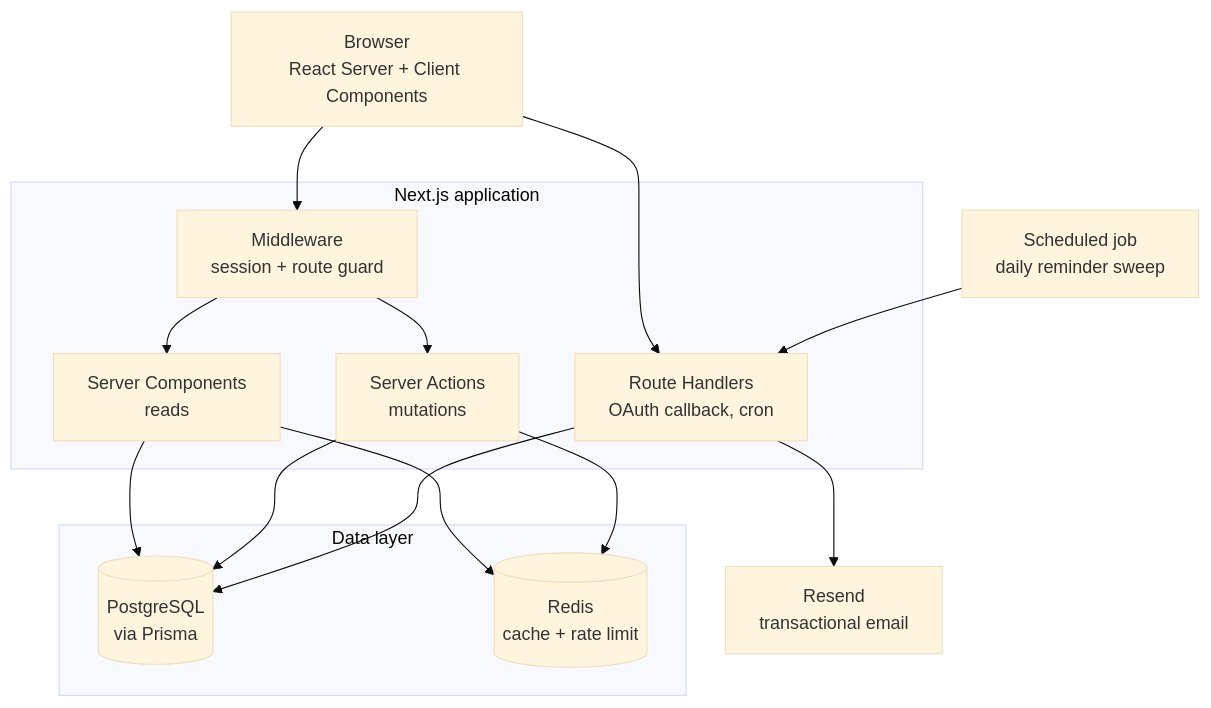
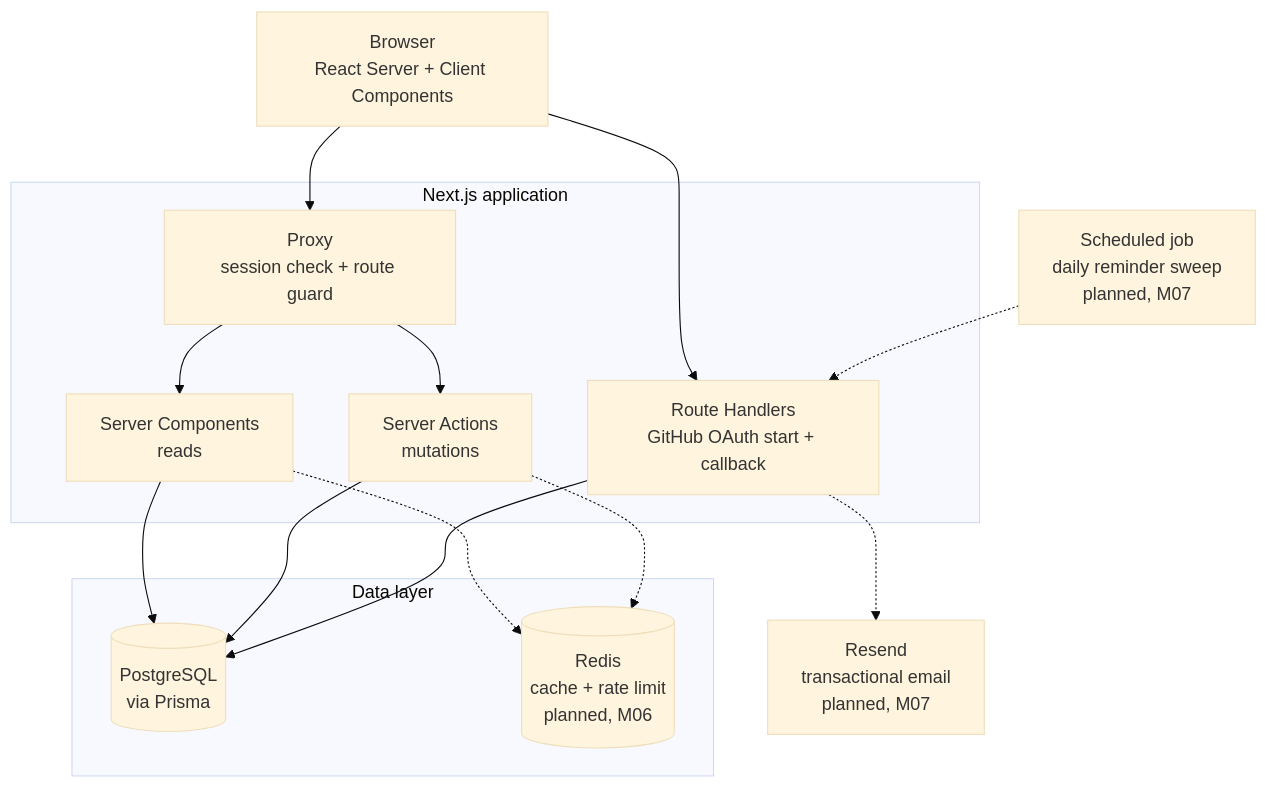
Before and after one commit to aahmoh04/job-application-tracker-AM: the first of 2 diagrams in README.md, drawn with Mermaid (base theme). The commit also changed other lines of this file and 2 other files, not shown here.

````diff
--- a/README.md
+++ b/README.md
@@ -120,31 +128,31 @@
 ```mermaid
 flowchart TB
     Browser["Browser<br/>React Server + Client Components"]
 
     subgraph app["Next.js application"]
+        PX["Proxy<br/>session check + route guard"]
         RSC["Server Components<br/>reads"]
         SA["Server Actions<br/>mutations"]
-        MW["Middleware<br/>session + route guard"]
-        API["Route Handlers<br/>OAuth callback, cron"]
+        API["Route Handlers<br/>GitHub OAuth start + callback"]
     end
 
     subgraph data["Data layer"]
         PG[("PostgreSQL<br/>via Prisma")]
-        RD[("Redis<br/>cache + rate limit")]
+        RD[("Redis<br/>cache + rate limit<br/>planned, M06")]
     end
 
-    RES["Resend<br/>transactional email"]
-    CRON["Scheduled job<br/>daily reminder sweep"]
+    RES["Resend<br/>transactional email<br/>planned, M07"]
+    CRON["Scheduled job<br/>daily reminder sweep<br/>planned, M07"]
 
-    Browser --> MW
-    MW --> RSC
-    MW --> SA
+    Browser --> PX
+    PX --> RSC
+    PX --> SA
     Browser --> API
     RSC --> PG
-    RSC --> RD
     SA --> PG
-    SA --> RD
     API --> PG
-    CRON --> API
-    API --> RES
+    RSC -.-> RD
+    SA -.-> RD
+    CRON -.-> API
+    API -.-> RES
 ```
````
